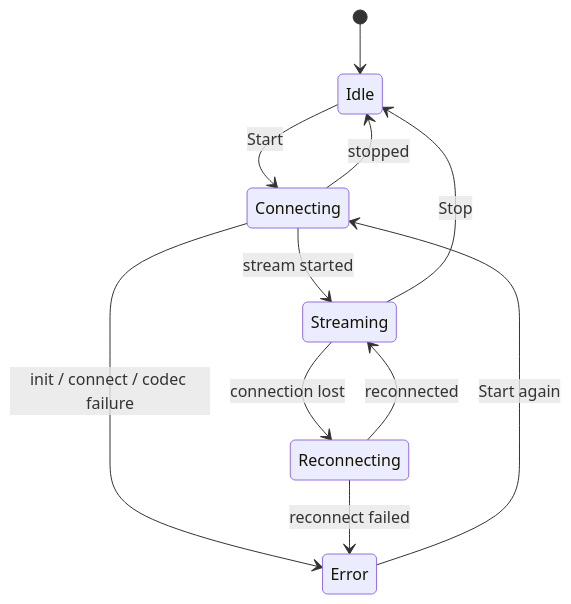
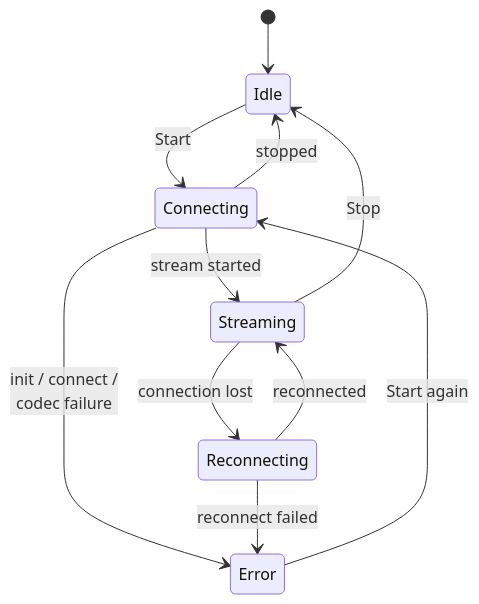
One commit to SeiyaFunaokaJP/BlueCaster changed the fourth of 5 diagrams in docs/architecture.md. Above: the diagram before and after it, drawn with Mermaid. The commit also changed other lines of this file and 7 other files, not shown here.

First line of the commit message:
Docs: break the cut-off labels of the audio path and state diagrams

````diff
--- a/docs/architecture.md
+++ b/docs/architecture.md
@@ -229,13 +229,13 @@
 ```mermaid
 stateDiagram-v2
     [*] --> Idle
     Idle --> Connecting: Start
     Connecting --> Streaming: stream started
     Connecting --> Idle: stopped
-    Connecting --> Error: init / connect / codec failure
+    Connecting --> Error: init / connect /<br>codec failure
     Streaming --> Reconnecting: connection lost
     Reconnecting --> Streaming: reconnected
     Reconnecting --> Error: reconnect failed
     Streaming --> Idle: Stop
     Error --> Connecting: Start again
 ```
````
